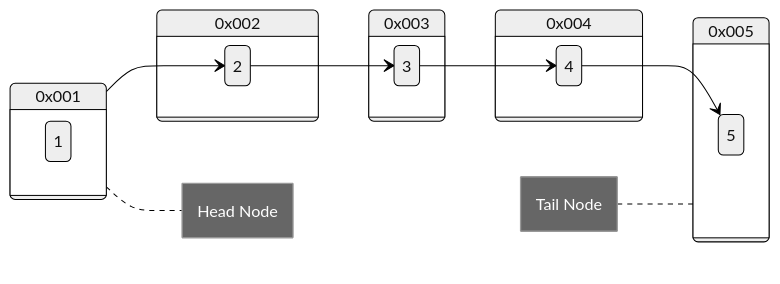
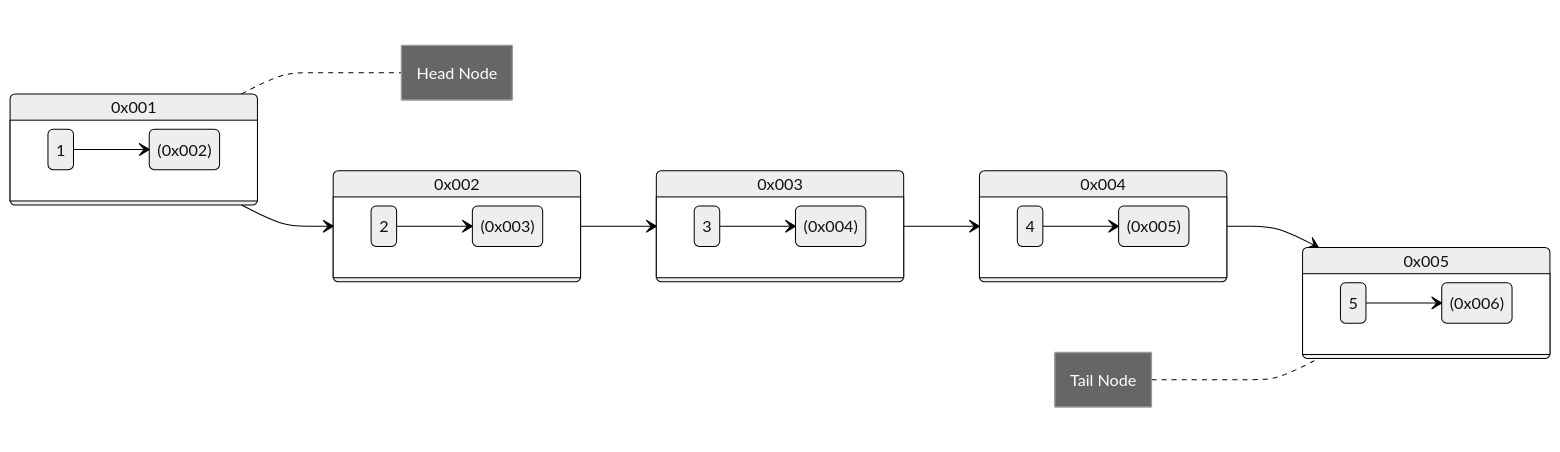
One commit to sniperadmin/js-data-structures-and-algorithms changed the fourth of 7 diagrams in README.md. Above: the diagram before and after it, drawn with Mermaid (neutral theme). The commit also changed other lines of this file and 1 other file, not shown here.

````diff
--- a/README.md
+++ b/README.md
@@ -655,32 +655,38 @@
 ```mermaid
 stateDiagram-v2
 direction LR
-0x001 --> 2 
-2 --> 3
-3 --> 4
-4 --> 5
+0x001 --> 0x002 
+0x002 --> 0x003
+0x003 --> 0x004
+0x004 --> 0x005
 
 note right of 0x001
     Head Node
 end note
 
 note left of 0x005
     Tail Node
 end note
 
 state 0x001 {
-    1
+    direction LR
+    1 --> (0x002)
 }
 state 0x002 {
-    2
+    direction LR
+    2 --> (0x003)
 }
 state 0x003 {
-    3
+    direction LR
+    3 --> (0x004)
 }
 state 0x004 {
-    4
+    direction LR
+    4 --> (0x005)
 }
 state 0x005 {
-    5
+    direction LR
+    5 --> (0x006)
 }
+
 ```
````
